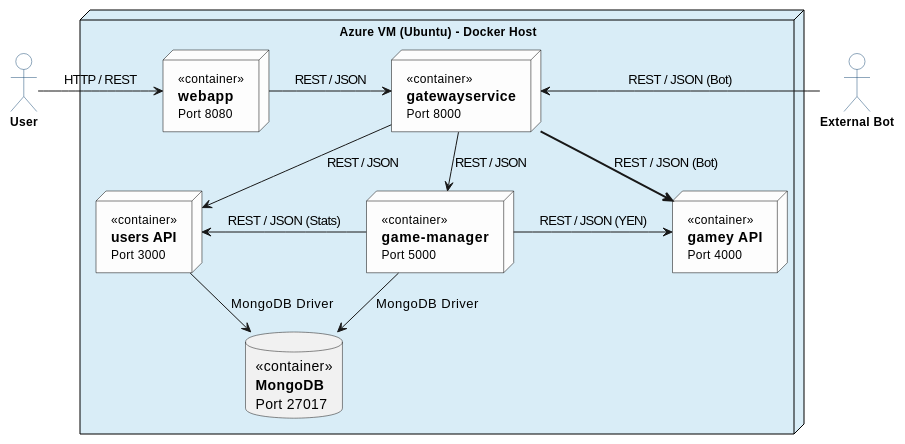
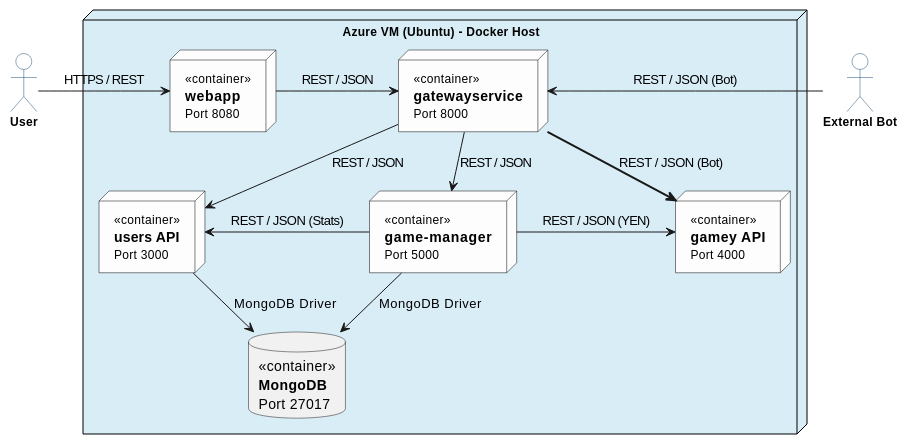
Before and after one commit to Arquisoft/yovi_en3a: the second of 2 diagrams in docs/src/07_deployment_view.adoc, drawn with PlantUML.

Commit message:
fix diagrams in Section07

```diff
--- a/docs/src/07_deployment_view.adoc
+++ b/docs/src/07_deployment_view.adoc
@@ -73,73 +73,73 @@
 [plantuml, target="deployment-lv2-azure", format="png"]
 ----
 @startuml
 ' =========================
 ' Configuración de estilo
 ' =========================
 skinparam backgroundColor white
 skinparam roundcorner 5
 skinparam shadowing false
 skinparam componentStyle uml2
 skinparam DefaultFontName "Arial"
 skinparam nodesep 50
 skinparam ranksep 40
 
 ' =========================
 ' Estilo de contenedores
 ' =========================
 skinparam node {
     BackgroundColor #fdfdfd
     BorderColor black
     FontColor black
     FontSize 12
     StereotypeAlignment center
 }
 
 ' =========================
 ' Estilo de actores (cabeza pintada)
 ' =========================
 skinparam actor {
     BackgroundColor #3399FF  ' Azul oscuro
     BorderColor #1F4E79
     FontColor black
     FontStyle bold
     FontSize 12
 }
 skinparam actorStyle classic  ' Para que la cabeza sea visible y uniforme
 
 ' =========================
 ' Actores externos
 ' =========================
 actor "User" as user
 actor "External Bot" as bot
 
 ' =========================
 ' Contenedor Azure VM con fondo azul claro
 ' =========================
 node "Azure VM (Ubuntu) - Docker Host" as Host #D9EDF7 {
 
     node "«container»\n<size:14><b>webapp</b></size>\nPort 8080" as webapp
     node "«container»\n<size:14><b>gatewayservice</b></size>\nPort 8000" as gateway
     node "«container»\n<size:14><b>users API</b></size>\nPort 3000" as users
     node "«container»\n<size:14><b>game-manager</b></size>\nPort 5000" as manager
     node "«container»\n<size:14><b>gamey API</b></size>\nPort 4000" as gamey
     
     database "«container»\n<size:14><b>MongoDB</b></size>\nPort 27017" as mongodb
 }
 
 ' =========================
 ' Flujos
 ' =========================
-user -right-> webapp : HTTP / REST
+user -right-> webapp : HTTPS / REST
 bot -right-> gateway : REST / JSON (Bot)
 webapp -right-> gateway : REST / JSON
 gateway -down-> users : REST / JSON
 gateway -down-> manager : REST / JSON
 gateway -[bold]-> gamey : REST / JSON (Bot)
 manager -right-> gamey : REST / JSON (YEN)
 manager -left-> users : REST / JSON (Stats)
 users -down-> mongodb : MongoDB Driver
 manager -down-> mongodb : MongoDB Driver
 
 @enduml
 ----
```
